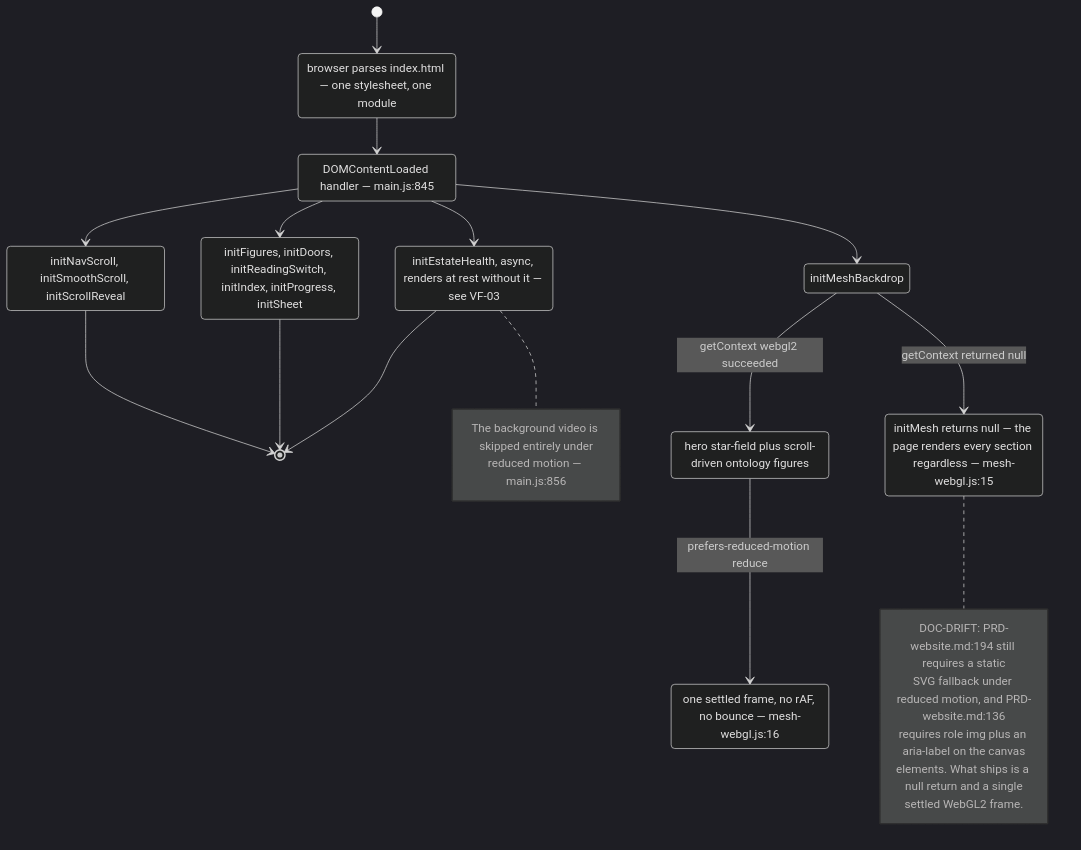
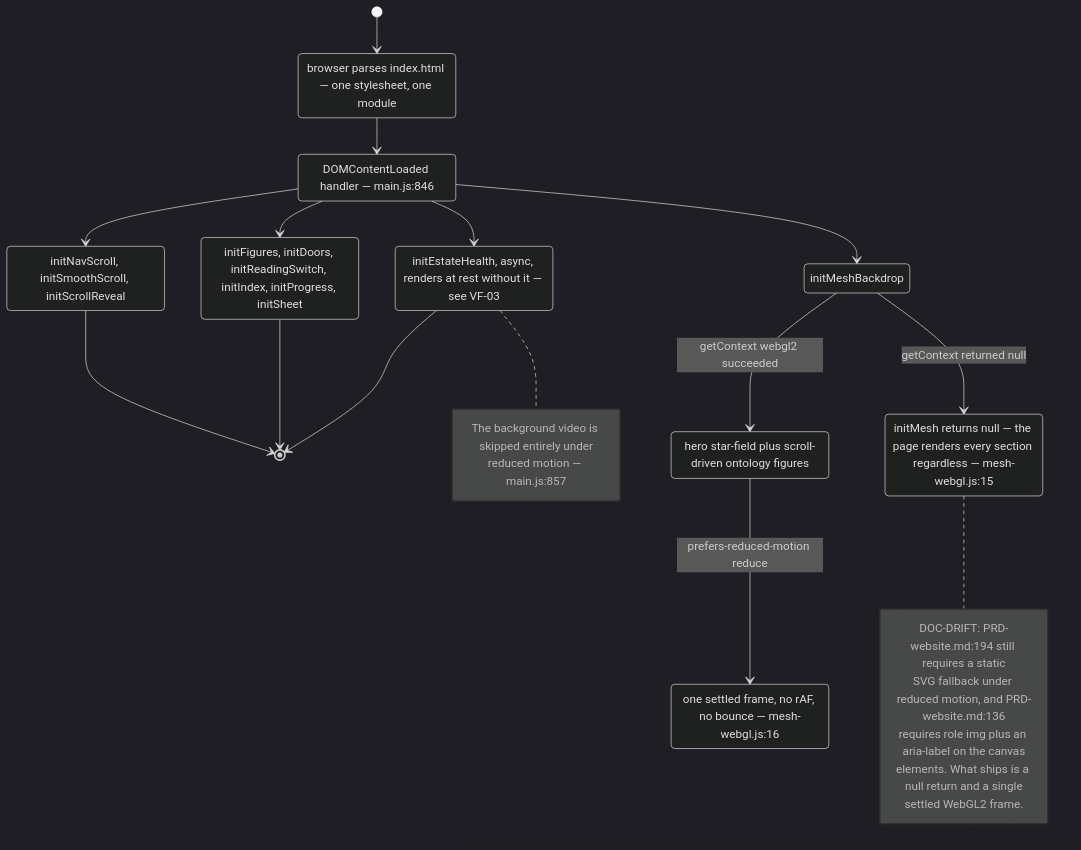
Diagram 12 of 12 in docs/diagrams/visionflow/02-website-build-and-deploy.md (DreamLab-AI/VisionFlow), drawn with Mermaid (dark theme) before and after one commit. The commit also changed other lines of this file and 7 other files, not shown here.

````diff
--- a/docs/diagrams/visionflow/02-website-build-and-deploy.md
+++ b/docs/diagrams/visionflow/02-website-build-and-deploy.md
@@ -337,36 +338,36 @@
 ```mermaid
 stateDiagram-v2
     direction TB
     [*] --> Parse
     state "browser parses index.html — one stylesheet, one module" as Parse
     Parse --> DOMReady
-    state "DOMContentLoaded handler — main.js:845" as DOMReady
+    state "DOMContentLoaded handler — main.js:846" as DOMReady
     DOMReady --> Nav
     DOMReady --> Sections
     DOMReady --> Estate
     DOMReady --> Mesh
     state "initNavScroll, initSmoothScroll, initScrollReveal" as Nav
     state "initFigures, initDoors, initReadingSwitch, initIndex, initProgress, initSheet" as Sections
     state "initEstateHealth, async, renders at rest without it — see VF-03" as Estate
     state "initMeshBackdrop" as Mesh
     Mesh --> WebGL2Yes : getContext webgl2 succeeded
     Mesh --> WebGL2No : getContext returned null
     state "initMesh returns null — the page renders every section regardless — mesh-webgl.js:15" as WebGL2No
     state "hero star-field plus scroll-driven ontology figures" as WebGL2Yes
     WebGL2Yes --> Reduced : prefers-reduced-motion reduce
     state "one settled frame, no rAF, no bounce — mesh-webgl.js:16" as Reduced
     Nav --> [*]
     Sections --> [*]
     Estate --> [*]
     note right of Estate
       The background video is skipped entirely under
-      reduced motion — main.js:856
+      reduced motion — main.js:857
     end note
     note right of WebGL2No
       DOC-DRIFT: PRD-website.md:194 still requires a static
       SVG fallback under reduced motion, and PRD-website.md:136
       requires role img plus an aria-label on the canvas
       elements. What ships is a null return and a single
       settled WebGL2 frame.
     end note
 ```
````
